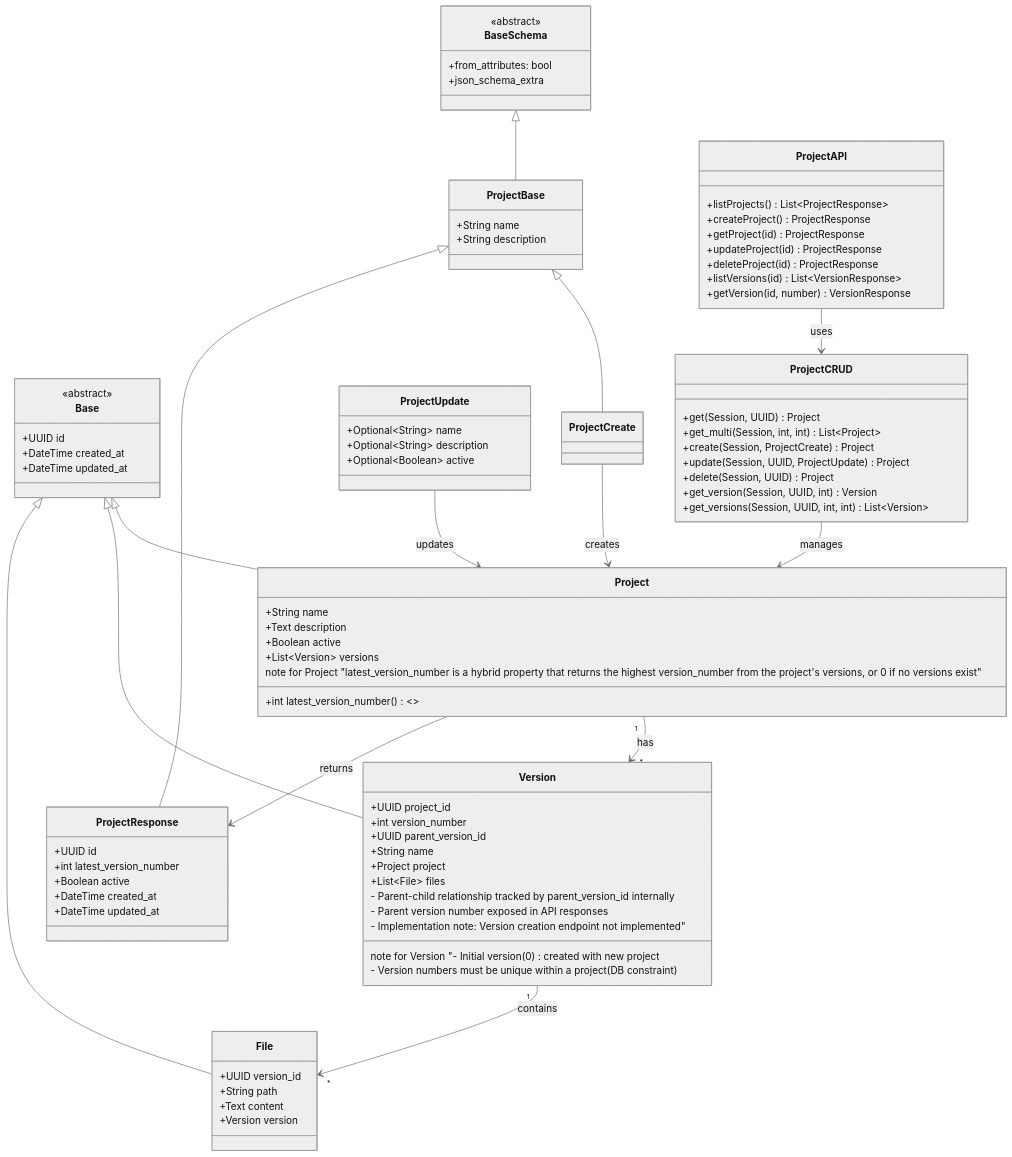
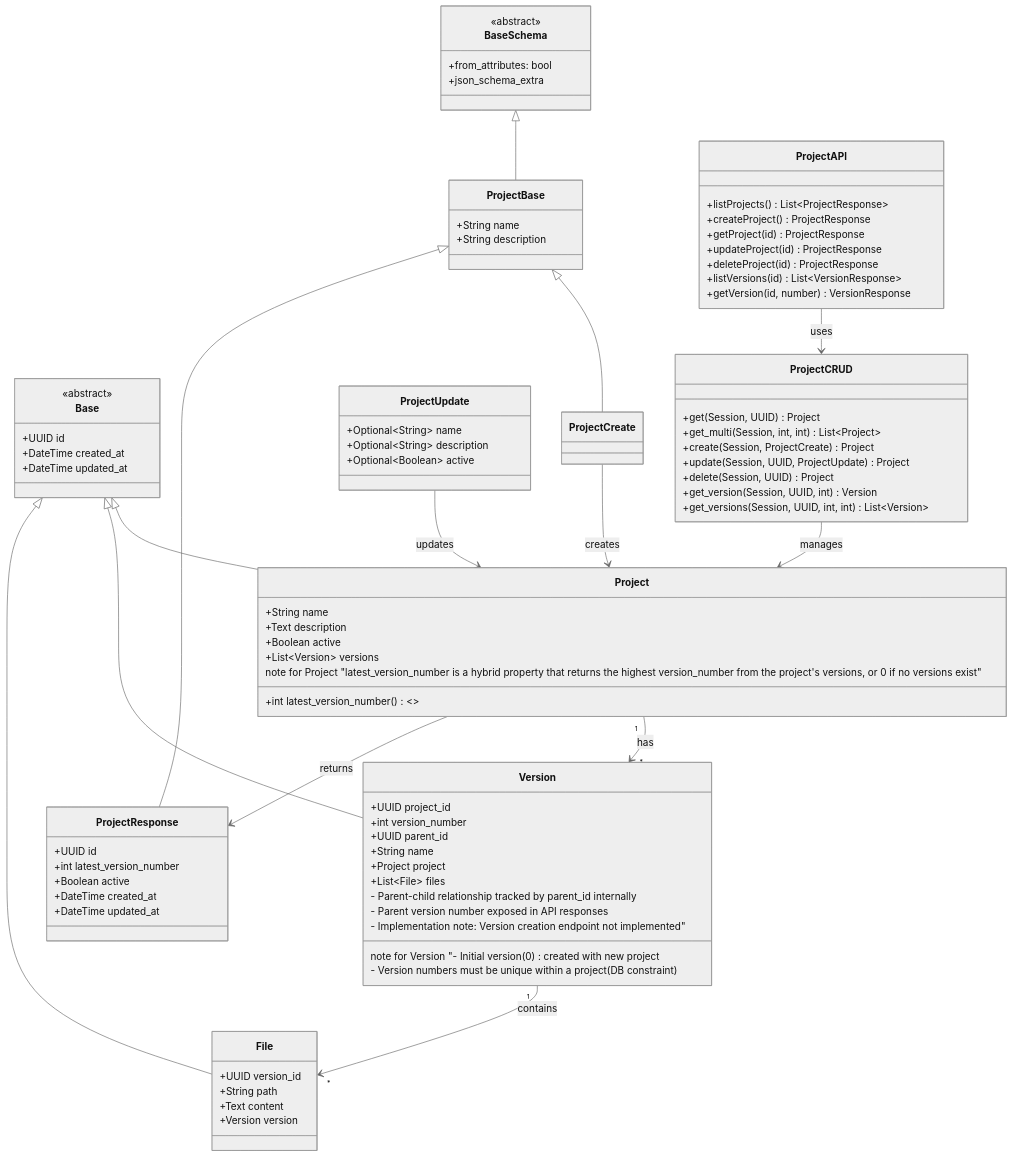
Before and after one commit to NoodleSeed-com/noodle-projects: the diagram in api/README.md, drawn with Mermaid (neutral theme). The commit also changed other lines of this file and 25 other files, not shown here.

Commit message:
Refactor version model: rename parent_version_id to parent_id for consistency; update related tests and documentation

```diff
--- a/api/README.md
+++ b/api/README.md
@@ -117,12 +117,12 @@
     class Version {
         +UUID project_id
         +int version_number
-        +UUID parent_version_id
+        +UUID parent_id
         +String name
         +Project project
         +List~File~ files
         note for Version "- Initial version (0) created with new project
-        - Parent-child relationship tracked by parent_version_id internally
+        - Parent-child relationship tracked by parent_id internally
         - Parent version number exposed in API responses
         - Version numbers must be unique within a project (DB constraint)
         - Implementation note: Version creation endpoint not implemented"
```
